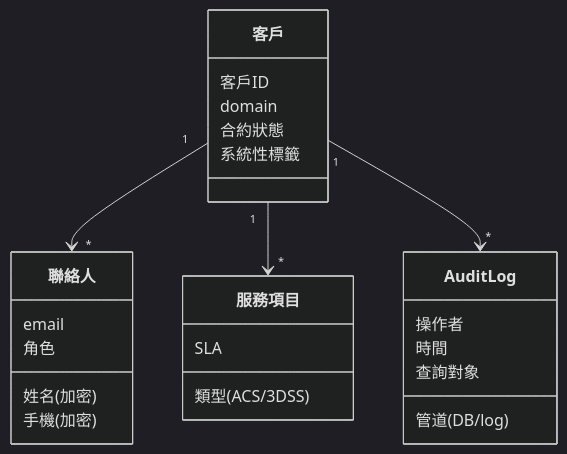
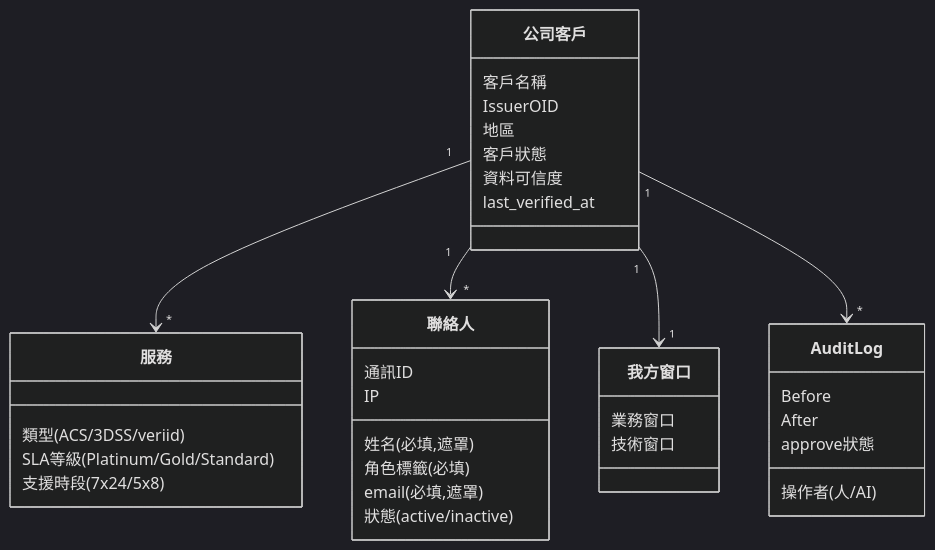
One commit to xclas721/read changed the first of 2 diagrams in 05_我的作業/kyson_w3-spec.md. Above: the diagram before and after it, drawn with Mermaid (dark theme). The commit also changed other lines of this file and 3 other files, not shown here.

````diff
--- a/05_我的作業/kyson_w3-spec.md
+++ b/05_我的作業/kyson_w3-spec.md
@@ -85,28 +91,38 @@
 ```mermaid
 classDiagram
-    class 客戶 {
-        客戶ID
-        domain
-        合約狀態
-        系統性標籤
+    class 公司客戶 {
+        客戶名稱
+        IssuerOID
+        地區
+        客戶狀態
+        資料可信度
+        last_verified_at
+    }
+    class 服務 {
+        類型(ACS/3DSS/veriid)
+        SLA等級(Platinum/Gold/Standard)
+        支援時段(7x24/5x8)
     }
     class 聯絡人 {
-        email
-        姓名(加密)
-        手機(加密)
-        角色
+        姓名(必填,遮罩)
+        角色標籤(必填)
+        email(必填,遮罩)
+        通訊ID
+        IP
+        狀態(active/inactive)
     }
-    class 服務項目 {
-        類型(ACS/3DSS)
-        SLA
+    class 我方窗口 {
+        業務窗口
+        技術窗口
     }
     class AuditLog {
-        操作者
-        時間
-        查詢對象
-        管道(DB/log)
+        操作者(人/AI)
+        Before
+        After
+        approve狀態
     }
-    客戶 "1" --> "*" 聯絡人
-    客戶 "1" --> "*" 服務項目
-    客戶 "1" --> "*" AuditLog
+    公司客戶 "1" --> "*" 服務
+    公司客戶 "1" --> "*" 聯絡人
+    公司客戶 "1" --> "1" 我方窗口
+    公司客戶 "1" --> "*" AuditLog
 ```
````
